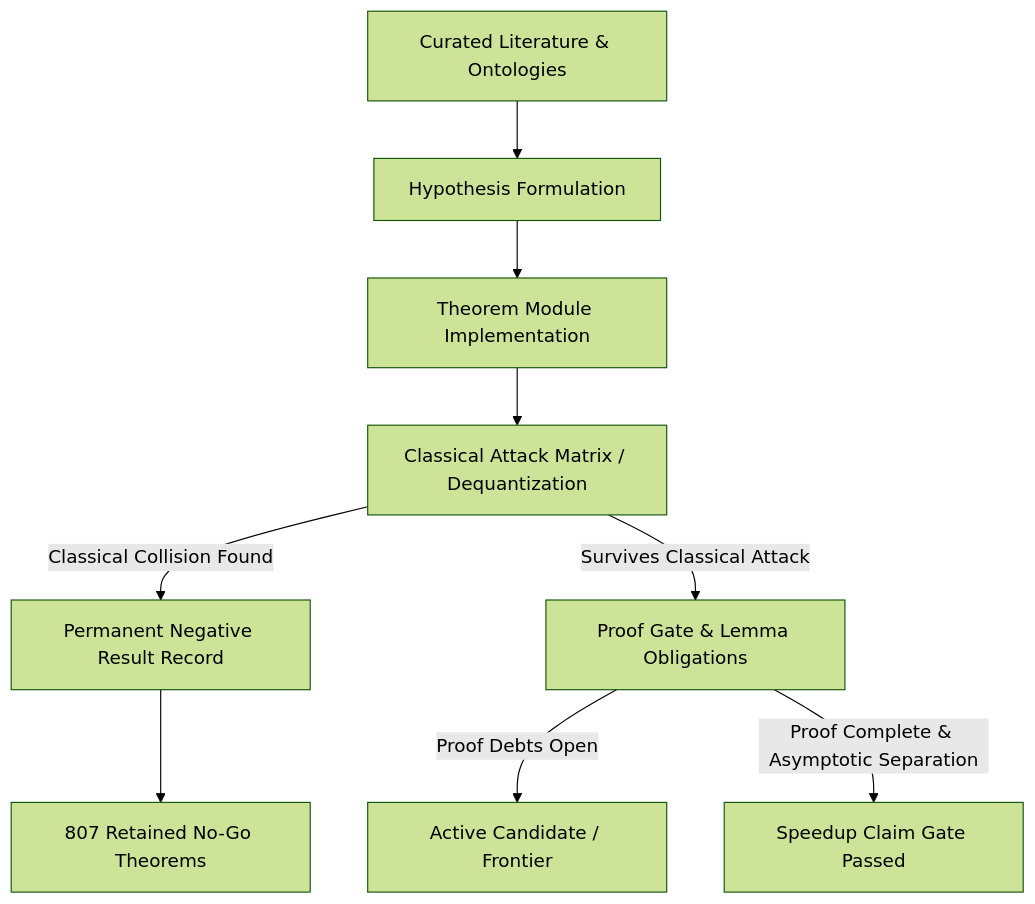
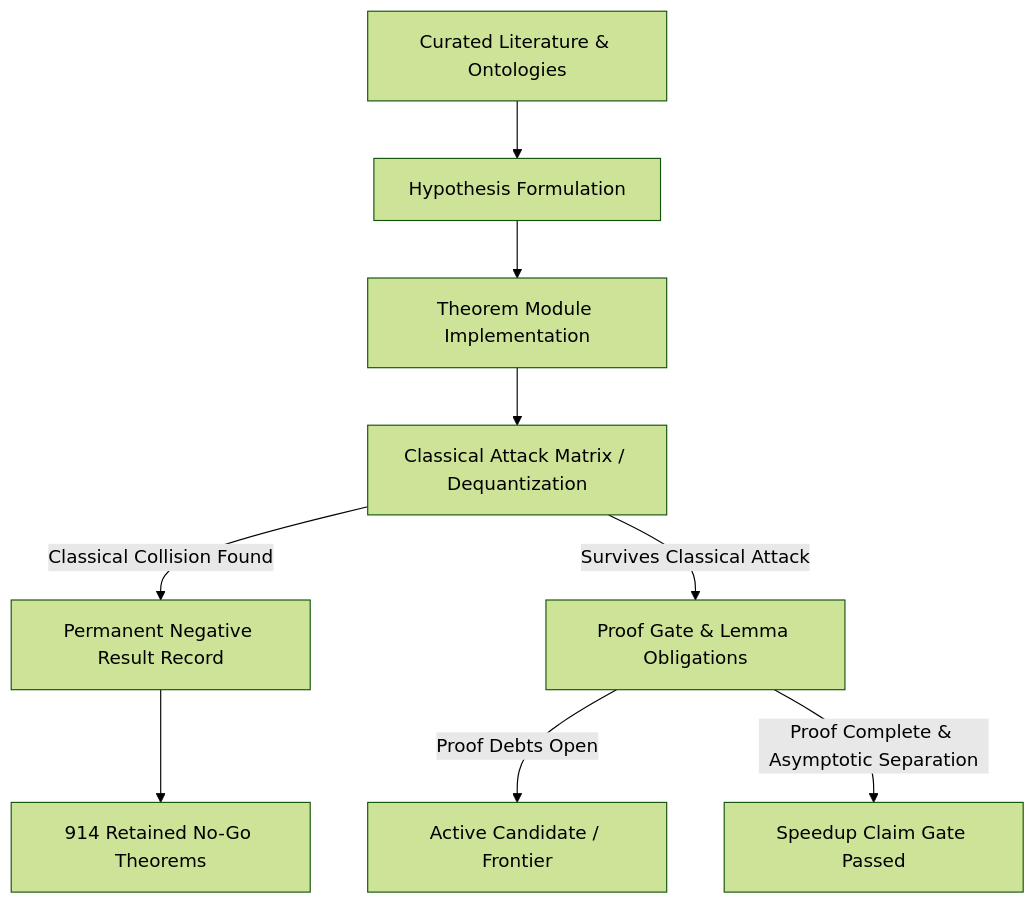
The diagram in README.md (Jaspersands/qsearch), drawn with Mermaid (forest theme) before and after one commit. The commit also changed other lines of this file and 7 other files, not shown here.

````diff
--- a/README.md
+++ b/README.md
@@ -259,11 +259,11 @@
 ```mermaid
 graph TD
     A[Curated Literature & Ontologies] --> B[Hypothesis Formulation]
     B --> C[Theorem Module Implementation]
     C --> D[Classical Attack Matrix / Dequantization]
     D -->|Classical Collision Found| E[Permanent Negative Result Record]
     D -->|Survives Classical Attack| F[Proof Gate & Lemma Obligations]
     F -->|Proof Debts Open| G[Active Candidate / Frontier]
     F -->|Proof Complete & Asymptotic Separation| H[Speedup Claim Gate Passed]
-    E --> I[807 Retained No-Go Theorems]
+    E --> I[914 Retained No-Go Theorems]
 ```
````
